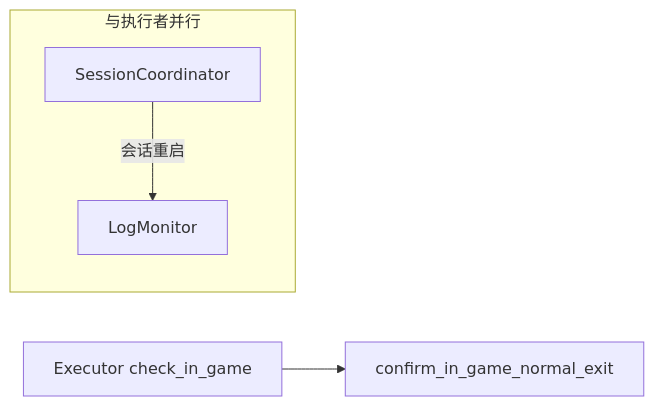
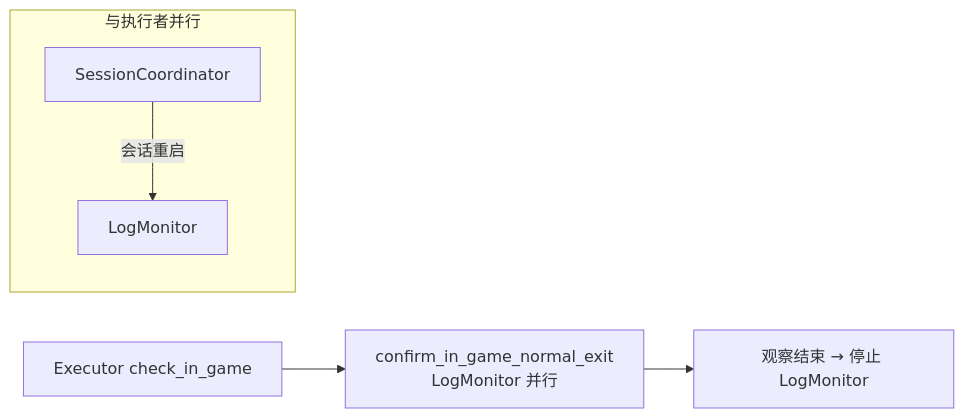
Before and after one commit to WartDipara/ai-test-workflow: the second of 2 diagrams in README.md, drawn with Mermaid. The commit also changed other lines of this file and 43 other files, not shown here.

````diff
--- a/README.md
+++ b/README.md
@@ -112,9 +116,10 @@
 ```mermaid
 flowchart LR
   subgraph monitors [与执行者并行]
     LM[LogMonitor]
     SC[SessionCoordinator]
     SC -->|会话重启| LM
   end
-  EX[Executor check_in_game] --> NE[confirm_in_game_normal_exit]
+  EX[Executor check_in_game] --> NE[confirm_in_game_normal_exit<br/>LogMonitor 并行]
+  NE --> STOP[观察结束 → 停止 LogMonitor]
 ```
````
